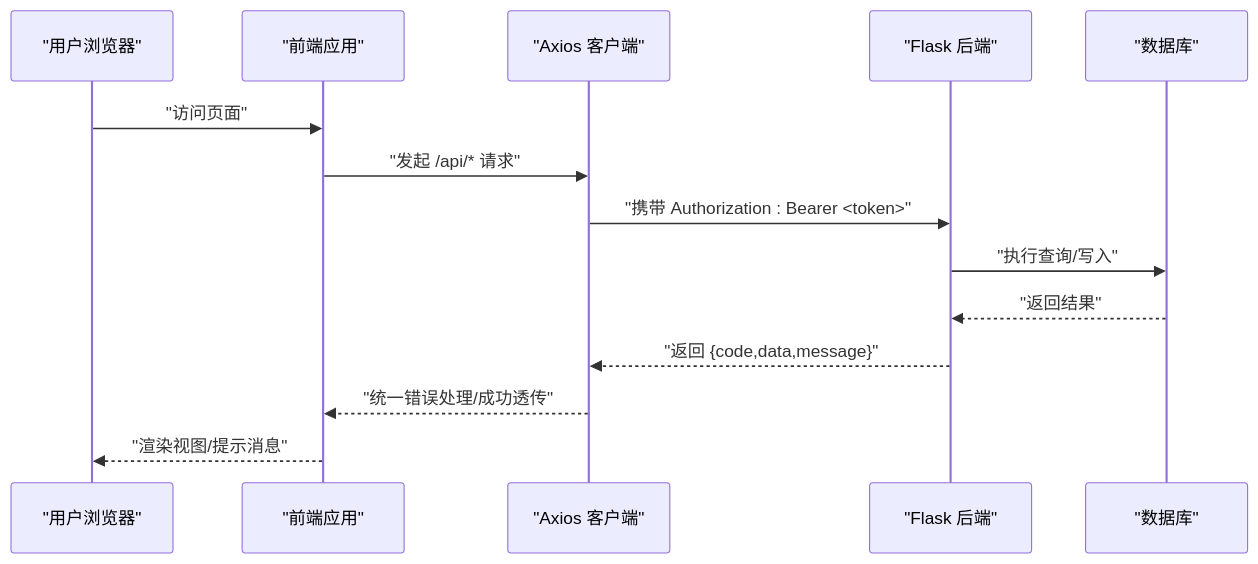
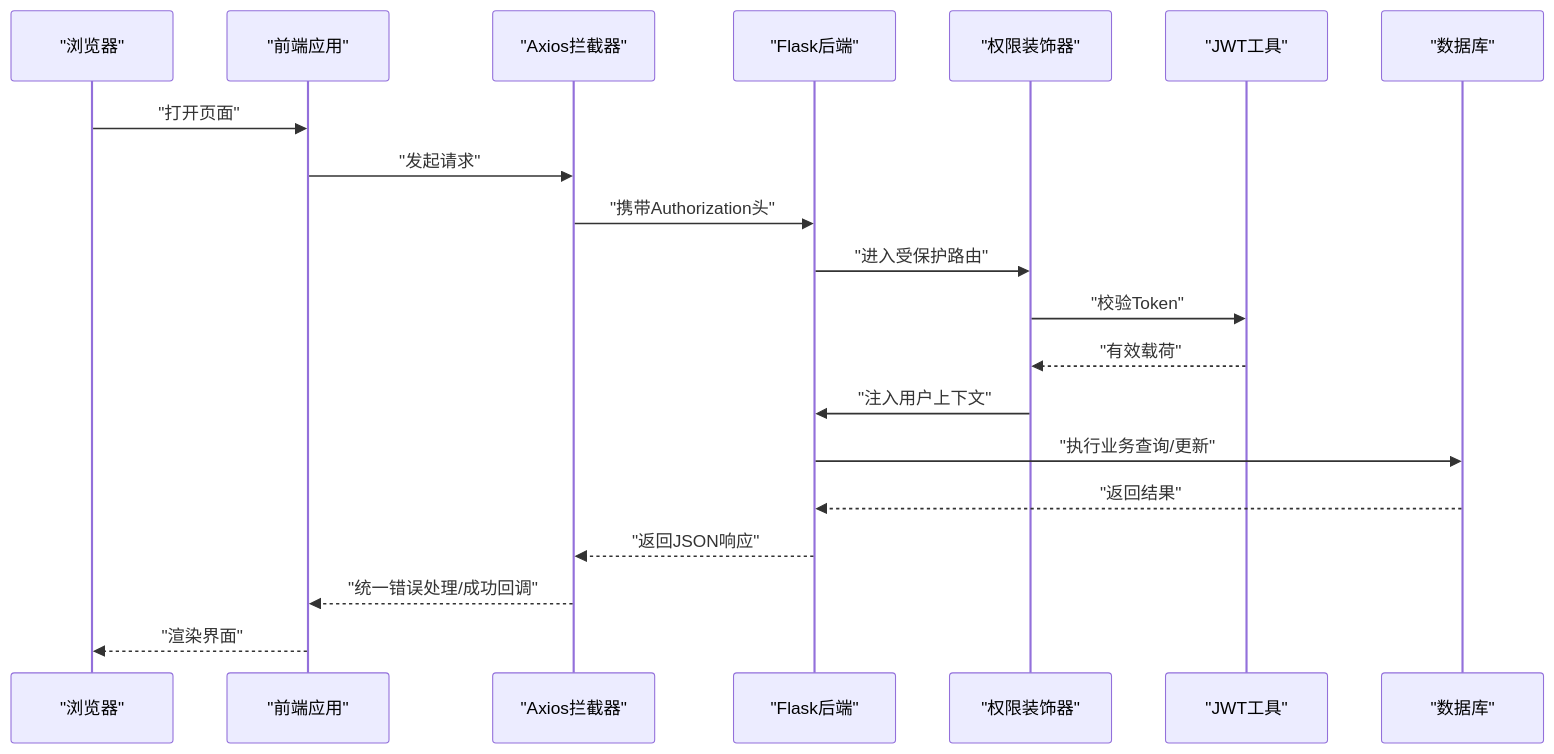
One commit to ismine3/OPS changed the second of 6 diagrams in .qoder/repowiki/zh/content/开发指南/开发指南.md. Above: the diagram before and after it, drawn with Mermaid. The commit also changed other lines of this file and 109 other files, not shown here.

````diff
--- a/.qoder/repowiki/zh/content/开发指南/开发指南.md
+++ b/.qoder/repowiki/zh/content/开发指南/开发指南.md
@@ -109,16 +150,22 @@
 ```mermaid
 sequenceDiagram
-participant U as "用户浏览器"
+participant U as "浏览器"
 participant FE as "前端应用"
-participant AX as "Axios 客户端"
-participant BE as "Flask 后端"
+participant AX as "Axios拦截器"
+participant BE as "Flask后端"
+participant DEC as "权限装饰器"
+participant AUTH as "JWT工具"
 participant DB as "数据库"
-U->>FE : "访问页面"
-FE->>AX : "发起 /api/* 请求"
-AX->>BE : "携带 Authorization : Bearer <token>"
-BE->>DB : "执行查询/写入"
+U->>FE : "打开页面"
+FE->>AX : "发起请求"
+AX->>BE : "携带Authorization头"
+BE->>DEC : "进入受保护路由"
+DEC->>AUTH : "校验Token"
+AUTH-->>DEC : "有效载荷"
+DEC->>BE : "注入用户上下文"
+BE->>DB : "执行业务查询/更新"
 DB-->>BE : "返回结果"
-BE-->>AX : "返回 {code,data,message}"
-AX-->>FE : "统一错误处理/成功透传"
-FE-->>U : "渲染视图/提示消息"
+BE-->>AX : "返回JSON响应"
+AX-->>FE : "统一错误处理/成功回调"
+FE-->>U : "渲染界面"
 ```
````
